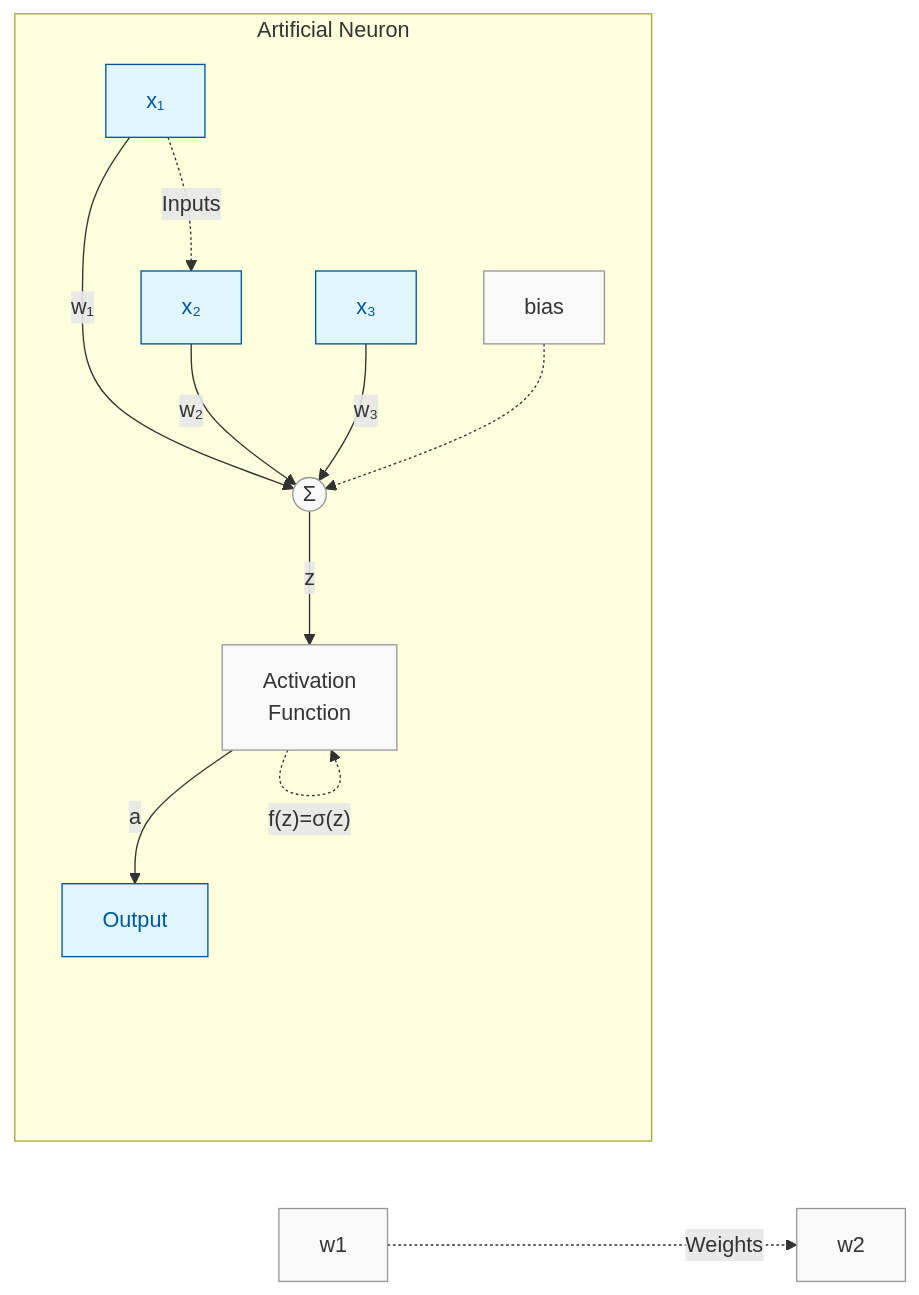
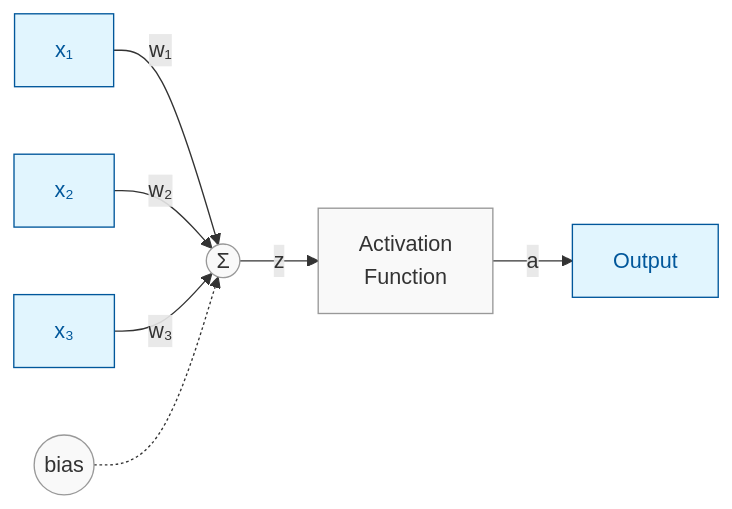
The second of 16 diagrams in presentation/mlp.md (mabreyes/dlsu-lecture-slides), drawn with Mermaid before and after one commit. The commit also changed other lines of this file and 3 other files, not shown here.

````diff
--- a/presentation/mlp.md
+++ b/presentation/mlp.md
@@ -250,34 +251,22 @@
 ```mermaid
 flowchart LR
-    %% Inputs with weights
+    %% Left-to-right flow
     x1[x₁] -- w₁ --> sum((Σ))
     x2[x₂] -- w₂ --> sum
     x3[x₃] -- w₃ --> sum
-    b[bias] -.-> sum
+    b((bias)) -.-> sum
 
-    %% Processing steps
-    sum -- z --> af["Activation\nFunction"] -- a --> output[Output]
+    sum -- z --> af["Activation<br>Function"]
+    af -- a --> output[Output]
 
-    %% Annotations
-    x1 -.-> |"Inputs"| x2
-    w1 -.-> |"Weights"| w2
-    af -.-> |"f(z)=σ(z)"| af
+    %% Optional dotted annotations (if desired):
+    %% x1 -.-> |"Inputs"| x2
+    %% af -.-> |"f(z)=σ(z)"| af
 
     %% Styling
     classDef node fill:#f9f9f9,stroke:#999,color:#333
     classDef io fill:#e1f5fe,stroke:#01579b,color:#01579b
+
     class x1,x2,x3,output io
     class sum,af node
-
-    %% Label
-    subgraph "Artificial Neuron"
-        x1
-        x2
-        x3
-        sum
-        af
-        output
-        b
-    end
-    classDef neurongroup fill:none,stroke:#666
 ```
````
